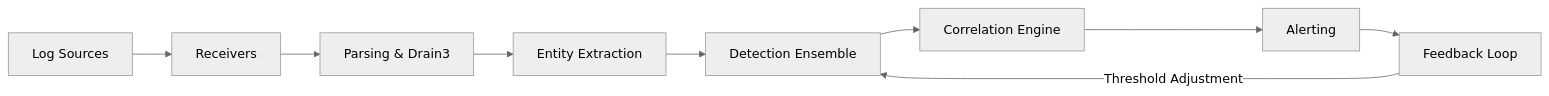
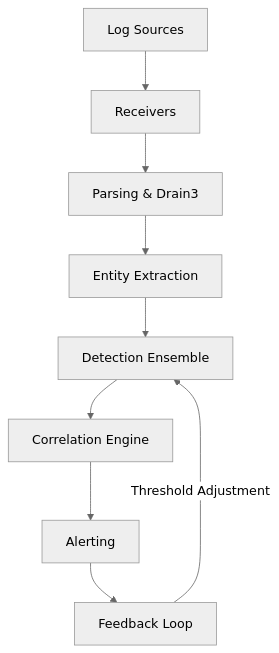
Before and after one commit to seerflow/seerflow-guide: the diagram in docs/index.md, drawn with Mermaid (neutral theme). The commit also changed 2 other files, not shown here.

Commit message:
fix: use white logo for indigo header, switch Mermaid to vertical layout
- Swap logo to logo-dark.png (white) which is visible on indigo header
- Remove dark-mode logo swap CSS (same logo works in both modes)
- Change Mermaid pipeline diagram from graph LR to graph TD for readability

````diff
--- a/docs/index.md
+++ b/docs/index.md
@@ -49,11 +49,11 @@
 ```mermaid
-graph LR
+graph TD
     A[Log Sources] --> B[Receivers]
     B --> C[Parsing & Drain3]
     C --> D[Entity Extraction]
     D --> E[Detection Ensemble]
     E --> F[Correlation Engine]
     F --> G[Alerting]
     G --> H[Feedback Loop]
     H -->|Threshold Adjustment| E
 ```
````
